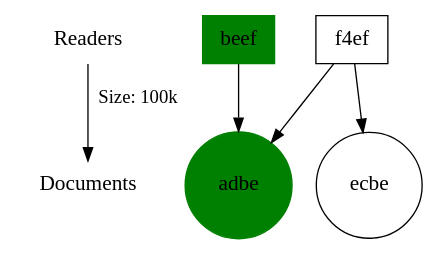
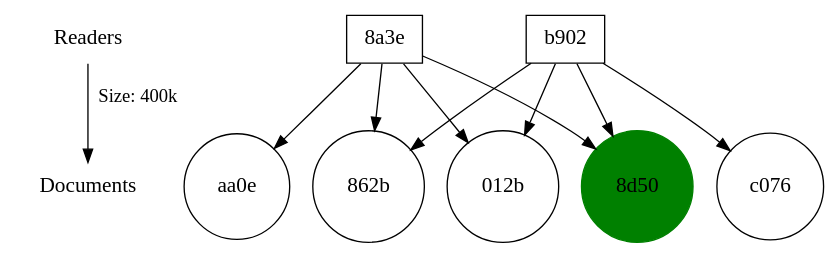
Before and after one commit to duncstin/F21SC_Coursework2: the diagram in test-output.gv, drawn with Graphviz. The commit also changed 28 other files, not shown here.

```diff
--- a/test-output.gv
+++ b/test-output.gv
@@ -1,22 +1,29 @@
 strict digraph "Also likes" {
 	node [fontsize=16 shape=plaintext]
 	r [label=Readers]
 	d [label=Documents]
-	r -> d [label="Size: 100k"]
-	adbe [label=adbe color=green rank=d shape=circle style=filled]
-	beef [label=beef color=green rank=r shape=box style=filled]
-	beef -> adbe
-	ecbe [label=ecbe rank=d shape=circle]
-	f4ef [label=f4ef rank=r shape=box]
-	f4ef -> ecbe
-	f4ef -> adbe
-	f4ef [label=f4ef rank=r shape=box]
-	f4ef -> ecbe
-	f4ef -> adbe
-	f4ef [label=f4ef rank=r shape=box]
-	f4ef -> ecbe
-	f4ef -> adbe
-	f4ef [label=f4ef rank=r shape=box]
-	f4ef -> ecbe
-	f4ef -> adbe
+	r -> d [label="Size: 400k"]
+	"8d50" [label="8d50" color=green rank=d shape=circle style=filled]
+	"862b" [label="862b" rank=d shape=circle]
+	"8a3e" [label="8a3e" rank=r shape=box]
+	"8a3e" -> "862b"
+	"8a3e" -> "8d50"
+	b902 [label=b902 rank=r shape=box]
+	b902 -> "862b"
+	b902 -> "8d50"
+	"012b" [label="012b" rank=d shape=circle]
+	"8a3e" [label="8a3e" rank=r shape=box]
+	"8a3e" -> "012b"
+	"8a3e" -> "8d50"
+	b902 [label=b902 rank=r shape=box]
+	b902 -> "012b"
+	b902 -> "8d50"
+	aa0e [label=aa0e rank=d shape=circle]
+	"8a3e" [label="8a3e" rank=r shape=box]
+	"8a3e" -> aa0e
+	"8a3e" -> "8d50"
+	c076 [label=c076 rank=d shape=circle]
+	b902 [label=b902 rank=r shape=box]
+	b902 -> c076
+	b902 -> "8d50"
 }
```
